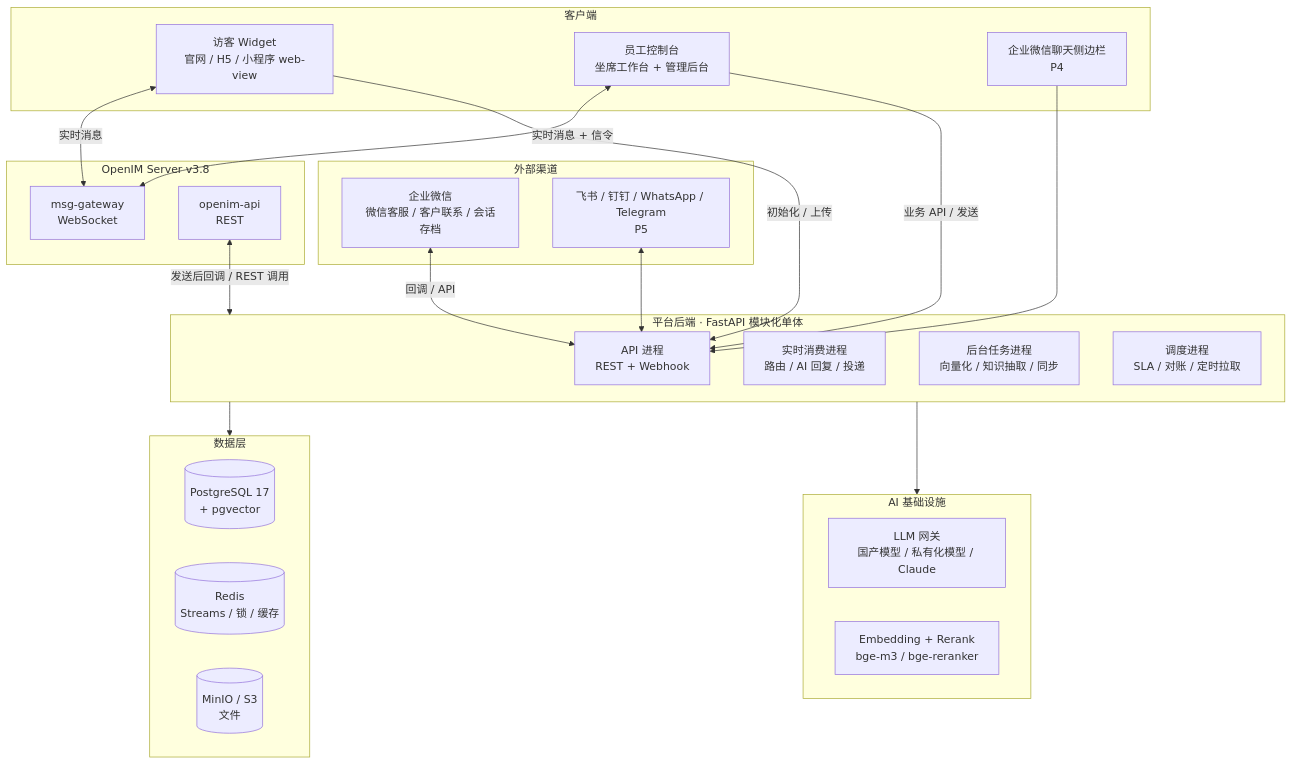
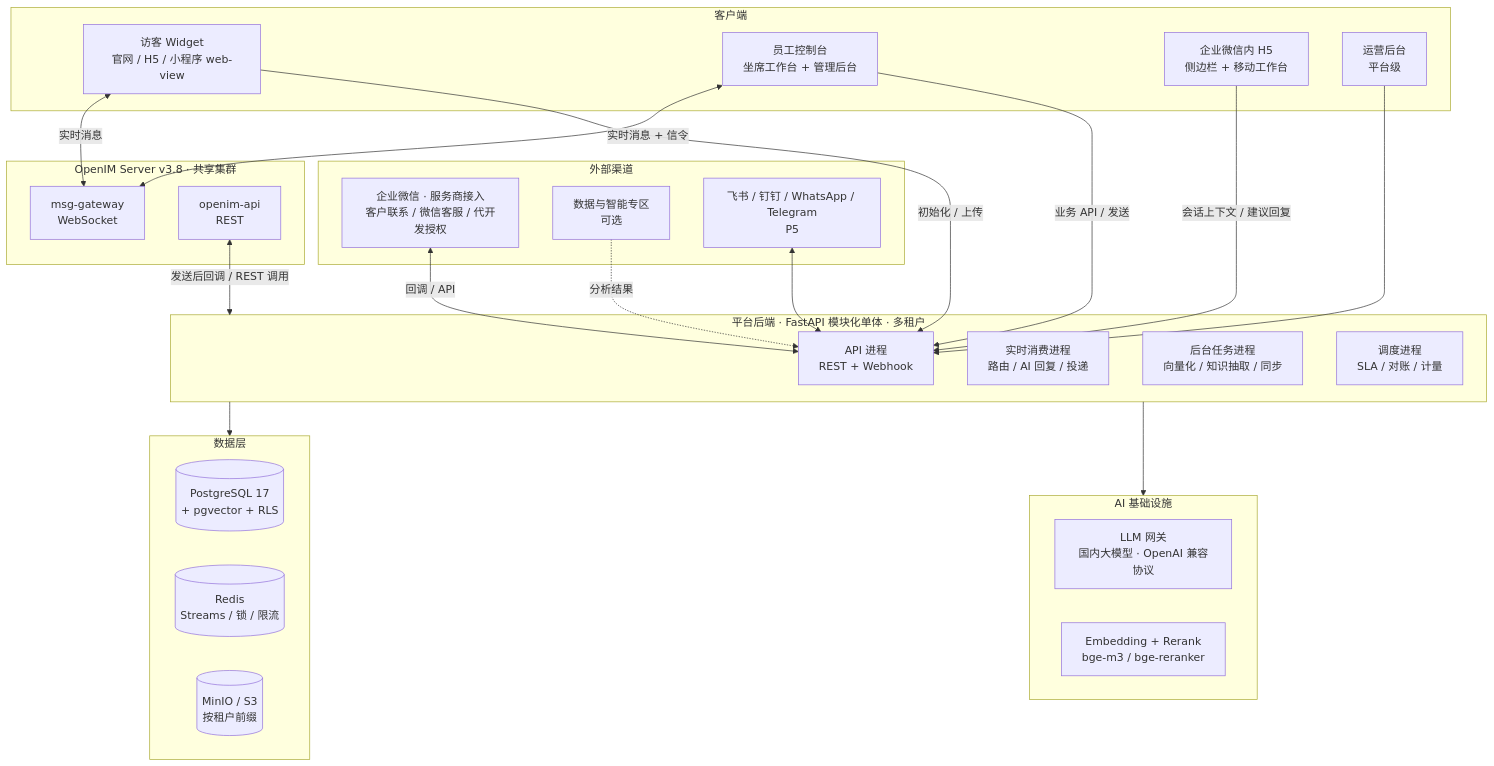
Before and after one commit to brianabc121/EnterpriseDigitalPlatform: the second of 8 diagrams in docs/plans/2026-09-28-enterprise-digital-platform-design.md, drawn with Mermaid. The commit also changed other lines of this file and 1 other file, not shown here.

````diff
--- a/docs/plans/2026-09-28-enterprise-digital-platform-design.md
+++ b/docs/plans/2026-09-28-enterprise-digital-platform-design.md
@@ -248,41 +429,45 @@
 ```mermaid
 flowchart TB
   subgraph Clients["客户端"]
     W["访客 Widget<br/>官网 / H5 / 小程序 web-view"]
     C["员工控制台<br/>坐席工作台 + 管理后台"]
-    S["企业微信聊天侧边栏<br/>P4"]
+    S["企业微信内 H5<br/>侧边栏 + 移动工作台"]
+    OPS["运营后台<br/>平台级"]
   end
   subgraph External["外部渠道"]
-    WK["企业微信<br/>微信客服 / 客户联系 / 会话存档"]
+    WK["企业微信 · 服务商接入<br/>客户联系 / 微信客服 / 代开发授权"]
+    ZONE["数据与智能专区<br/>可选"]
     FUT["飞书 / 钉钉 / WhatsApp / Telegram<br/>P5"]
   end
-  subgraph IM["OpenIM Server v3.8"]
+  subgraph IM["OpenIM Server v3.8 · 共享集群"]
     GW["msg-gateway<br/>WebSocket"]
     OAPI["openim-api<br/>REST"]
   end
-  subgraph Platform["平台后端 · FastAPI 模块化单体"]
+  subgraph Platform["平台后端 · FastAPI 模块化单体 · 多租户"]
     APP["API 进程<br/>REST + Webhook"]
     RT["实时消费进程<br/>路由 / AI 回复 / 投递"]
     JOB["后台任务进程<br/>向量化 / 知识抽取 / 同步"]
-    SCH["调度进程<br/>SLA / 对账 / 定时拉取"]
+    SCH["调度进程<br/>SLA / 对账 / 计量"]
   end
   subgraph Data["数据层"]
-    PG[("PostgreSQL 17<br/>+ pgvector")]
-    RD[("Redis<br/>Streams / 锁 / 缓存")]
-    OS[("MinIO / S3<br/>文件")]
+    PG[("PostgreSQL 17<br/>+ pgvector + RLS")]
+    RD[("Redis<br/>Streams / 锁 / 限流")]
+    OS[("MinIO / S3<br/>按租户前缀")]
   end
   subgraph AIInfra["AI 基础设施"]
-    LLM["LLM 网关<br/>国产模型 / 私有化模型 / Claude"]
+    LLM["LLM 网关<br/>国内大模型 · OpenAI 兼容协议"]
     EMB["Embedding + Rerank<br/>bge-m3 / bge-reranker"]
   end
   W <-- "实时消息" --> GW
   C <-- "实时消息 + 信令" --> GW
   W -- "初始化 / 上传" --> APP
   C -- "业务 API / 发送" --> APP
-  S --> APP
+  S -- "会话上下文 / 建议回复" --> APP
+  OPS --> APP
   OAPI <-- "发送后回调 / REST 调用" --> Platform
   WK <-- "回调 / API" --> APP
+  ZONE -.->|分析结果| APP
   FUT <--> APP
   Platform --> Data
   Platform --> AIInfra
 ```
````
